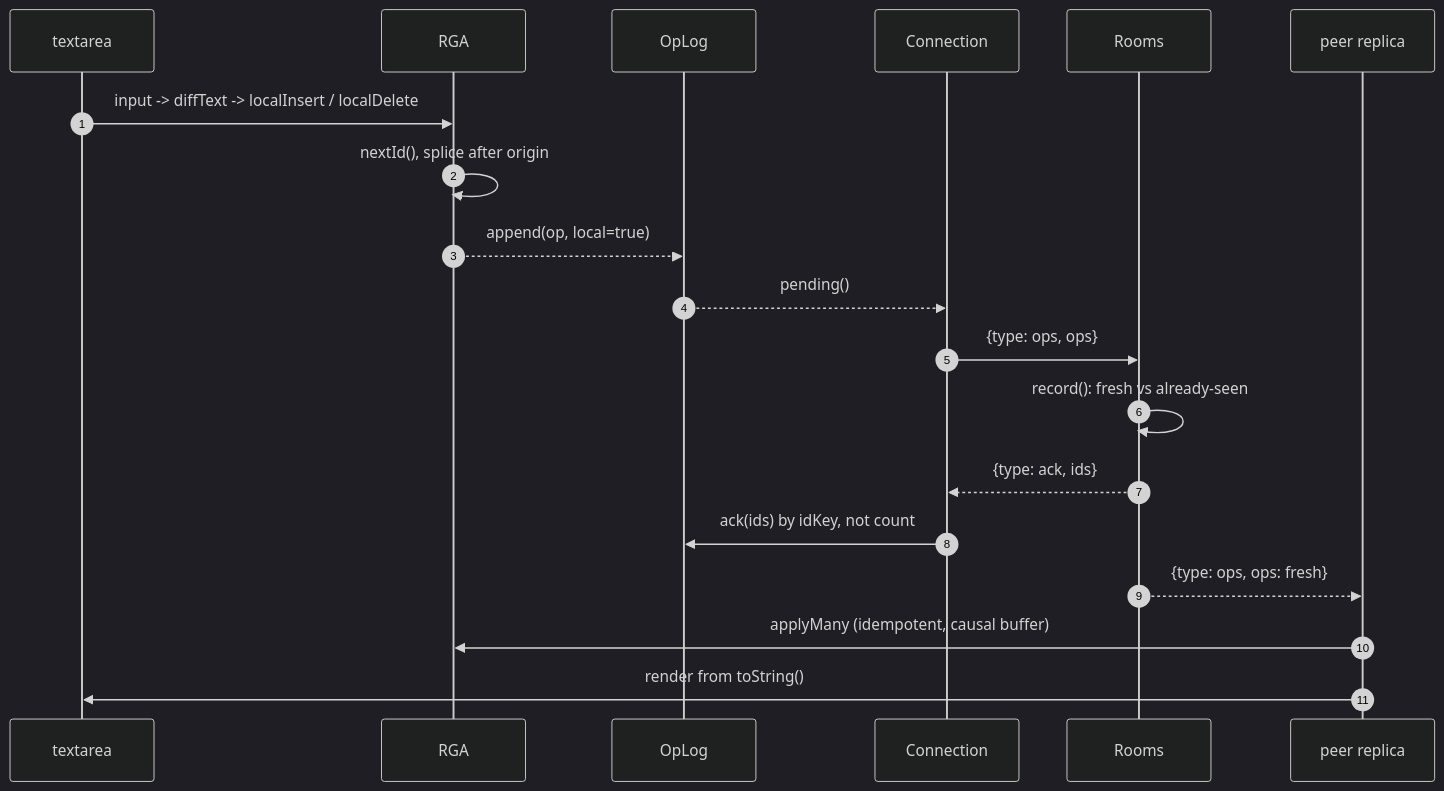
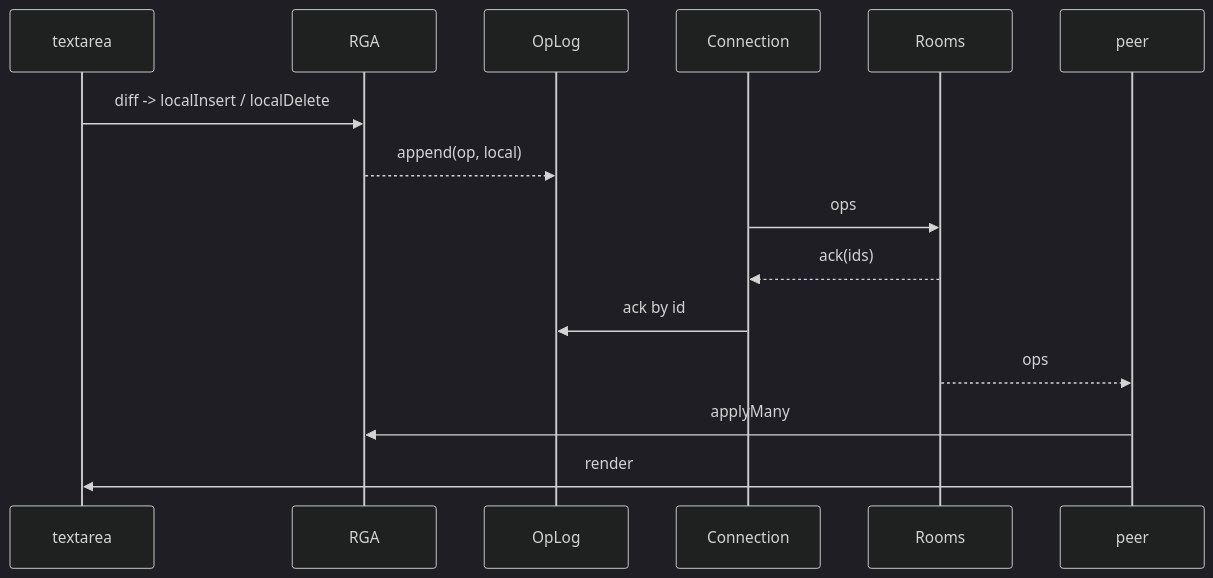
The second of 2 diagrams in README.md (Jaq1b/converge), drawn with Mermaid (dark theme) before and after one commit. The commit also changed other lines of this file, not shown here.

````diff
--- a/README.md
+++ b/README.md
@@ -158,22 +163,18 @@
 ```mermaid
 sequenceDiagram
-  autonumber
-  participant DOM as textarea
+  participant UI as textarea
   participant RGA
   participant Log as OpLog
-  participant WS as Connection
-  participant Relay as Rooms
-  participant Peer as peer replica
+  participant C as Connection
+  participant S as Rooms
+  participant P as peer
 
-  DOM->>RGA: input -> diffText -> localInsert / localDelete
-  RGA->>RGA: nextId(), splice after origin
-  RGA-->>Log: append(op, local=true)
-  Log-->>WS: pending()
-  WS->>Relay: {type: ops, ops}
-  Relay->>Relay: record(): fresh vs already-seen
-  Relay-->>WS: {type: ack, ids}
-  WS->>Log: ack(ids) by idKey, not count
-  Relay-->>Peer: {type: ops, ops: fresh}
-  Peer->>RGA: applyMany (idempotent, causal buffer)
-  Peer->>DOM: render from toString()
+  UI->>RGA: diff -> localInsert / localDelete
+  RGA-->>Log: append(op, local)
+  C->>S: ops
+  S-->>C: ack(ids)
+  C->>Log: ack by id
+  S-->>P: ops
+  P->>RGA: applyMany
+  P->>UI: render
 ```
````
